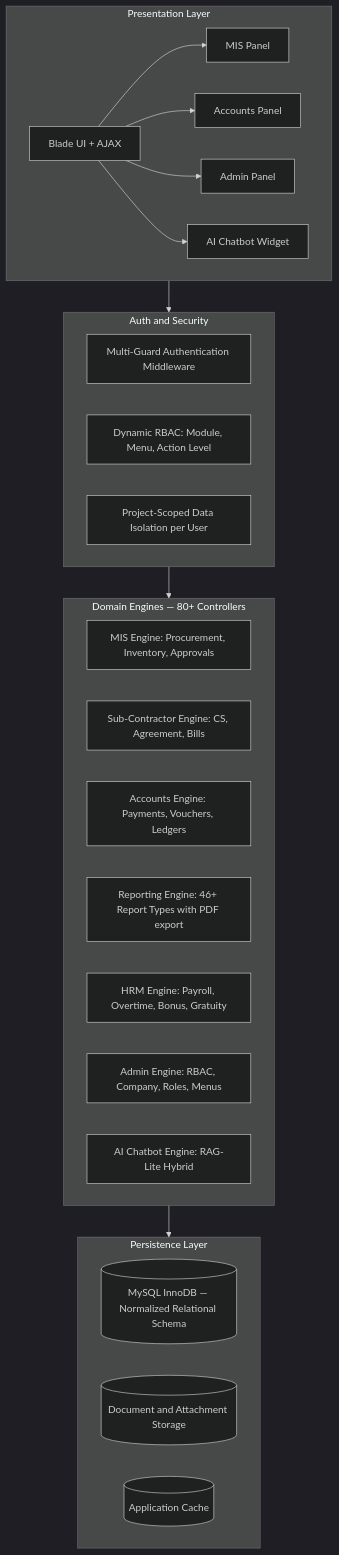
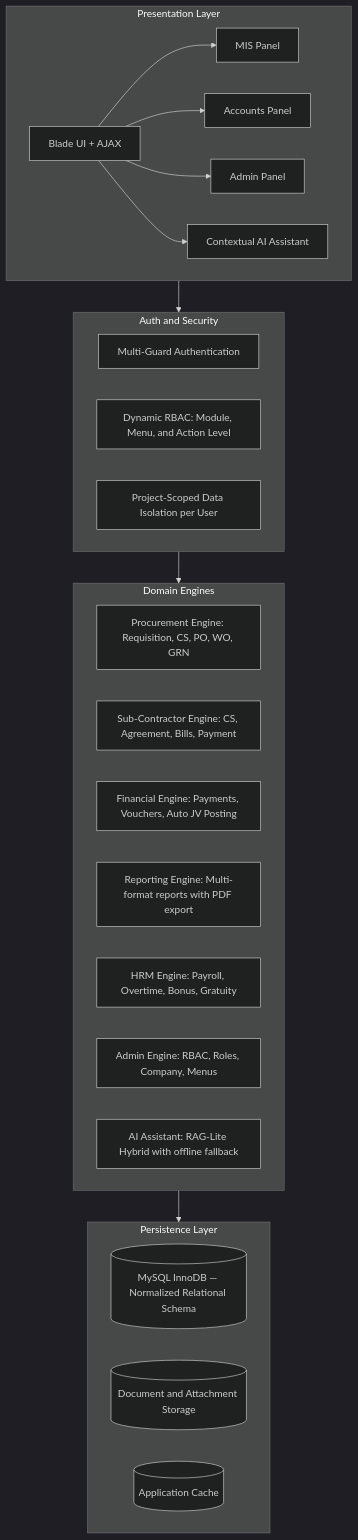
The first of 4 diagrams in README.md (ShakhawatSakib9/Constrcution_MIS), drawn with Mermaid (dark theme) before and after one commit. The commit also changed other lines of this file and 1 other file, not shown here.

````diff
--- a/README.md
+++ b/README.md
@@ -75,34 +85,34 @@
 ```mermaid
 graph TB
     subgraph PresentationLayer["Presentation Layer"]
         A["Blade UI + AJAX"] --> B["MIS Panel"]
         A --> C["Accounts Panel"]
         A --> D["Admin Panel"]
-        A --> E["AI Chatbot Widget"]
+        A --> E["Contextual AI Assistant"]
     end
 
     subgraph AuthSecurity["Auth and Security"]
-        F["Multi-Guard Authentication Middleware"]
-        G["Dynamic RBAC: Module, Menu, Action Level"]
+        F["Multi-Guard Authentication"]
+        G["Dynamic RBAC: Module, Menu, and Action Level"]
         H["Project-Scoped Data Isolation per User"]
     end
 
-    subgraph DomainEngines["Domain Engines — 80+ Controllers"]
-        J["MIS Engine: Procurement, Inventory, Approvals"]
-        K["Sub-Contractor Engine: CS, Agreement, Bills"]
-        L["Accounts Engine: Payments, Vouchers, Ledgers"]
-        M["Reporting Engine: 46+ Report Types with PDF export"]
+    subgraph DomainEngines["Domain Engines"]
+        J["Procurement Engine: Requisition, CS, PO, WO, GRN"]
+        K["Sub-Contractor Engine: CS, Agreement, Bills, Payment"]
+        L["Financial Engine: Payments, Vouchers, Auto JV Posting"]
+        M["Reporting Engine: Multi-format reports with PDF export"]
         N["HRM Engine: Payroll, Overtime, Bonus, Gratuity"]
-        O["Admin Engine: RBAC, Company, Roles, Menus"]
-        P["AI Chatbot Engine: RAG-Lite Hybrid"]
+        O["Admin Engine: RBAC, Roles, Company, Menus"]
+        P["AI Assistant: RAG-Lite Hybrid with offline fallback"]
     end
 
     subgraph PersistenceLayer["Persistence Layer"]
         Q[("MySQL InnoDB — Normalized Relational Schema")]
         R[("Document and Attachment Storage")]
         S[("Application Cache")]
     end
 
     PresentationLayer --> AuthSecurity --> DomainEngines
     DomainEngines --> PersistenceLayer
 ```
````
